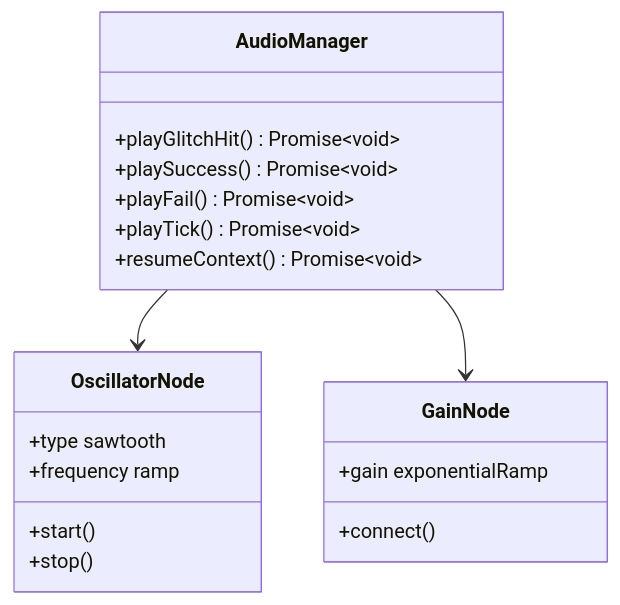
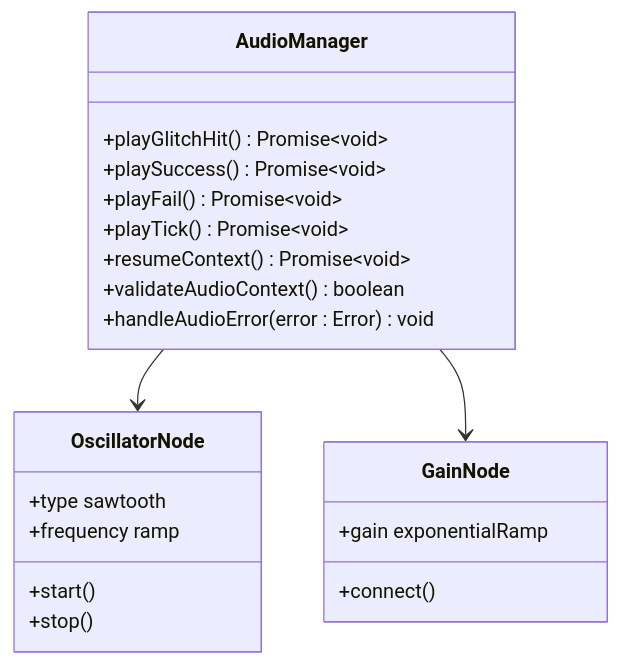
Before and after one commit to dkoukoul/escape-room-mvp: the seventh of 10 diagrams in .qoder/repowiki/en/content/Game Mechanics/Glitch Meter System.md, drawn with Mermaid. The commit also changed other lines of this file and 21 other files, not shown here.

````diff
--- a/.qoder/repowiki/en/content/Game Mechanics/Glitch Meter System.md
+++ b/.qoder/repowiki/en/content/Game Mechanics/Glitch Meter System.md
@@ -281,22 +328,24 @@
 ```mermaid
 classDiagram
 class AudioManager {
 +playGlitchHit() Promise~void~
 +playSuccess() Promise~void~
 +playFail() Promise~void~
 +playTick() Promise~void~
 +resumeContext() Promise~void~
++validateAudioContext() boolean
++handleAudioError(error : Error) void
 }
 class OscillatorNode {
 +type sawtooth
 +frequency ramp
 +start()
 +stop()
 }
 class GainNode {
 +gain exponentialRamp
 +connect()
 }
 AudioManager --> OscillatorNode
 AudioManager --> GainNode
 ```
````
